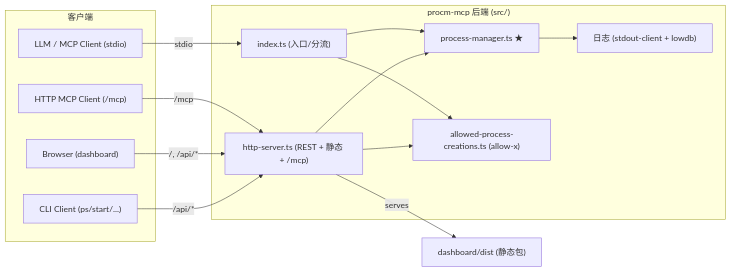
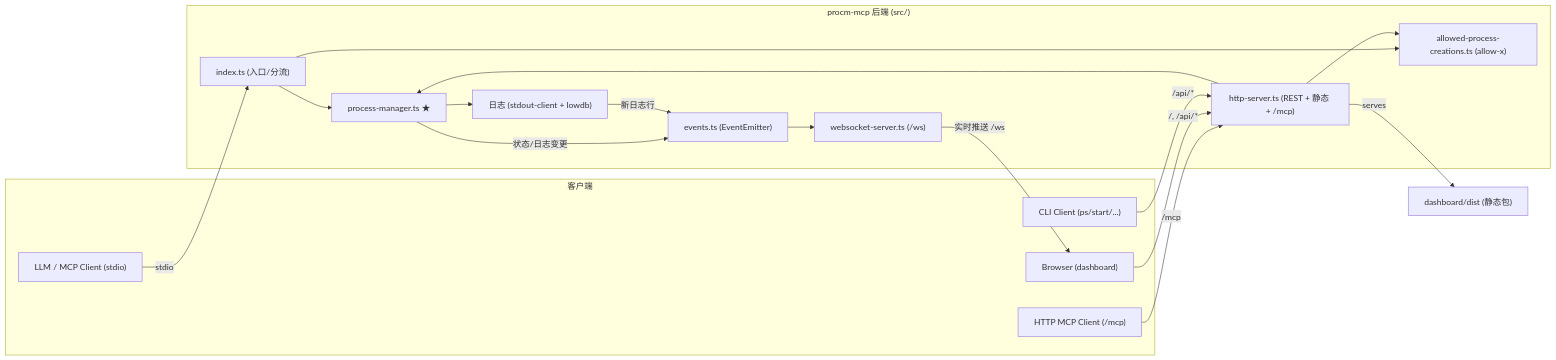
Before and after one commit to hunmer/procm-mcp: the diagram in CLAUDE.md, drawn with Mermaid. The commit also changed other lines of this file and 41 other files, not shown here.

````diff
--- a/CLAUDE.md
+++ b/CLAUDE.md
@@ -43,28 +44,34 @@
 ```mermaid
 flowchart LR
   subgraph 客户端
     LLM["LLM / MCP Client (stdio)"]
     HTTPC["HTTP MCP Client (/mcp)"]
     CLI["CLI Client (ps/start/...)"]
     BR["Browser (dashboard)"]
   end
   subgraph 后端["procm-mcp 后端 (src/)"]
     IDX["index.ts (入口/分流)"]
     PM["process-manager.ts ★"]
     AX["allowed-process-creations.ts (allow-x)"]
     LOG["日志 (stdout-client + lowdb)"]
     HTTP["http-server.ts (REST + 静态 + /mcp)"]
+    EVT["events.ts (EventEmitter)"]
+    WS["websocket-server.ts (/ws)"]
   end
   DASH["dashboard/dist (静态包)"]
 
   LLM -- stdio --> IDX
   IDX --> PM
   IDX --> AX
   HTTPC -- "/mcp" --> HTTP
   BR -- "/, /api/*" --> HTTP
   CLI -- "/api/*" --> HTTP
   HTTP --> PM
   HTTP --> AX
   PM --> LOG
+  PM -- "状态/日志变更" --> EVT
+  LOG -- "新日志行" --> EVT
+  EVT --> WS
+  WS -- "实时推送 /ws" --> BR
   HTTP -- serves --> DASH
 ```
````
